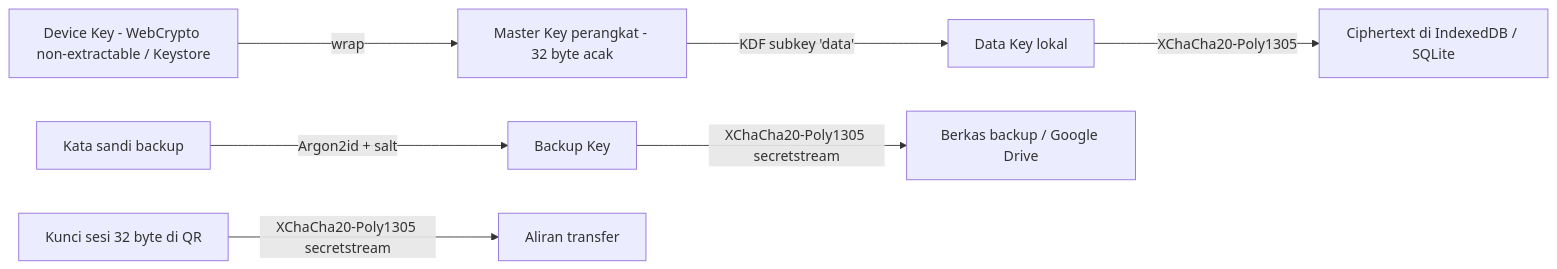
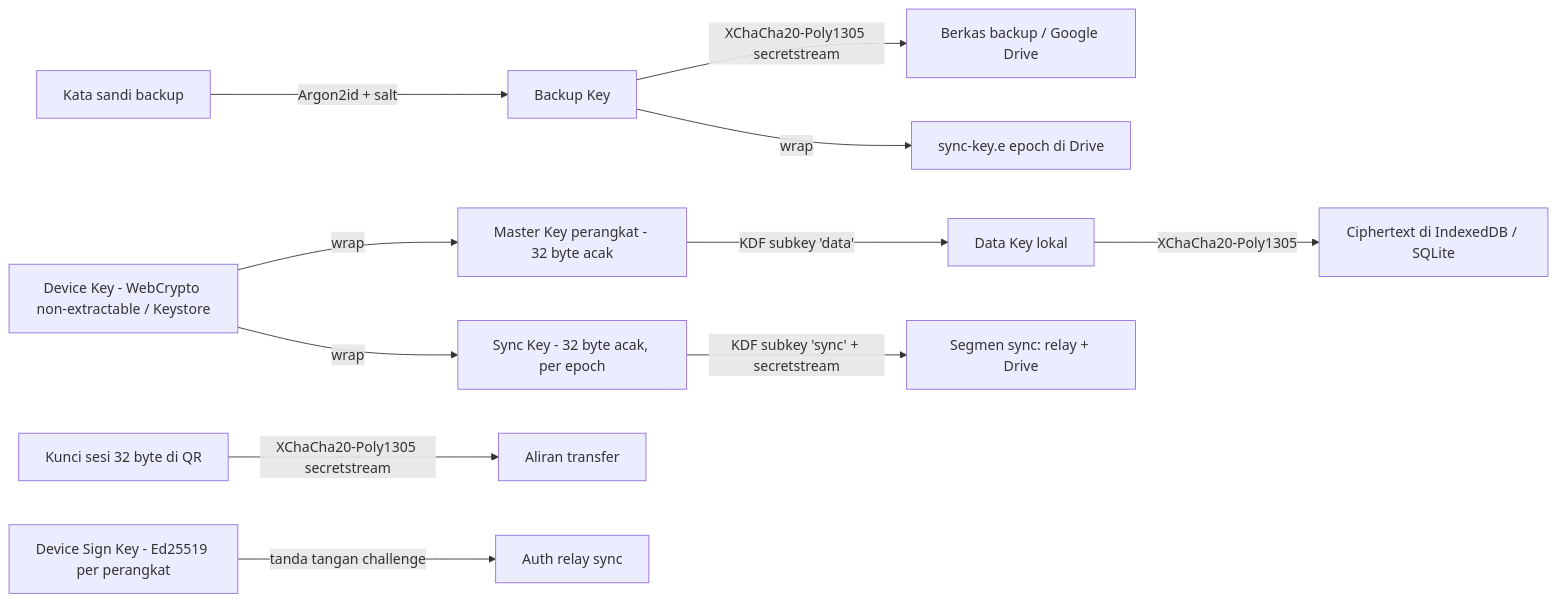
The third of 5 diagrams in ARCHITECTURE.md (rijalsolahudin/improve-personal-web), drawn with Mermaid before and after one commit. The commit also changed other lines of this file and 219 other files, not shown here.

````diff
--- a/ARCHITECTURE.md
+++ b/ARCHITECTURE.md
@@ -241,9 +244,13 @@
 ```mermaid
 flowchart LR
   MK[Master Key perangkat - 32 byte acak] -->|KDF subkey 'data'| DK[Data Key lokal]
   DK -->|XChaCha20-Poly1305| IDB[Ciphertext di IndexedDB / SQLite]
   DEV[Device Key - WebCrypto non-extractable / Keystore] -->|wrap| MK
   PW[Kata sandi backup] -->|Argon2id + salt| BK[Backup Key]
   BK -->|XChaCha20-Poly1305 secretstream| BF[Berkas backup / Google Drive]
   QR[Kunci sesi 32 byte di QR] -->|XChaCha20-Poly1305 secretstream| TX[Aliran transfer]
+  SK[Sync Key - 32 byte acak, per epoch] -->|KDF subkey 'sync' + secretstream| SG[Segmen sync: relay + Drive]
+  BK -->|wrap| SKF[sync-key.e epoch di Drive]
+  DEV -->|wrap| SK
+  DSK[Device Sign Key - Ed25519 per perangkat] -->|tanda tangan challenge| SR[Auth relay sync]
 ```
````
